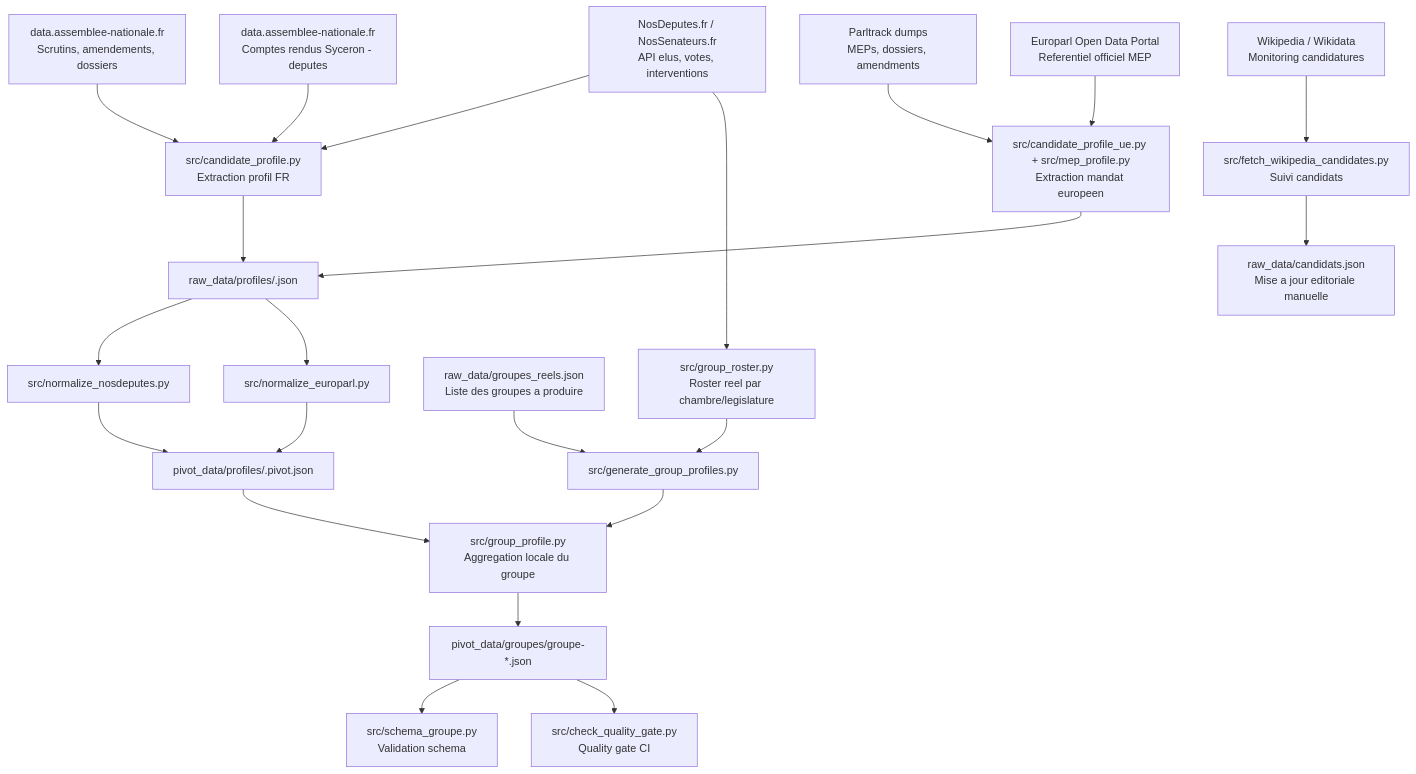
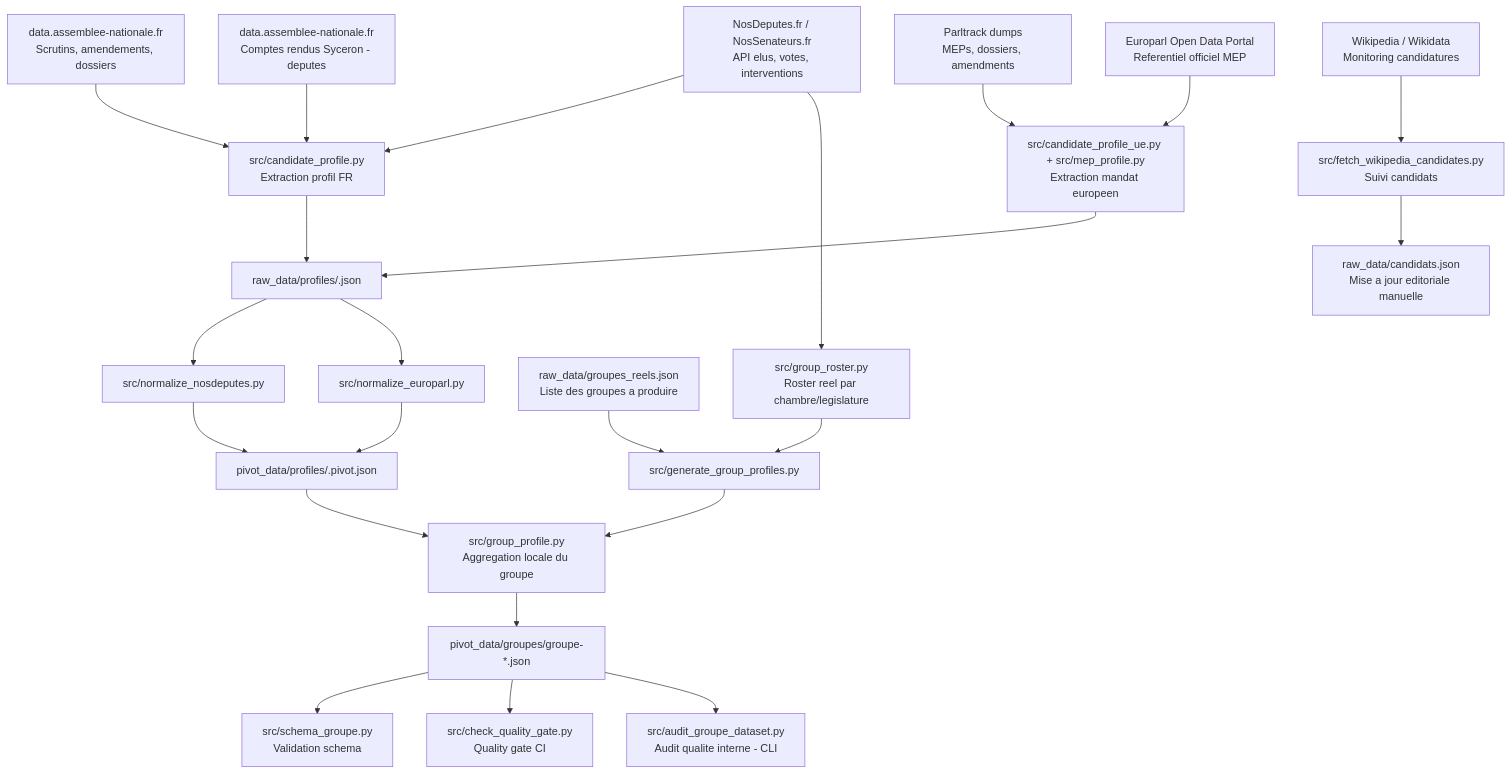
One commit to stephieED/Empreinte-politique-src changed the first of 2 diagrams in docs/pipeline-profiles-groupes.md. Above: the diagram before and after it, drawn with Mermaid. The commit also changed other lines of this file and 5 other files, not shown here.

First line of the commit message:
Add build_report(), Markdown rendering and CLI to audit_groupe_dataset.py

````diff
--- a/docs/pipeline-profiles-groupes.md
+++ b/docs/pipeline-profiles-groupes.md
@@ -10,47 +10,48 @@
 ```mermaid
 graph TD
     %% =========================
     %% SOURCES
     %% =========================
     S1[NosDeputes.fr / NosSenateurs.fr\nAPI elus, votes, interventions]
     S2[data.assemblee-nationale.fr\nScrutins, amendements, dossiers]
     S2b[data.assemblee-nationale.fr\nComptes rendus Syceron - deputes]
     S3[Parltrack dumps\nMEPs, dossiers, amendments]
     S4[Europarl Open Data Portal\nReferentiel officiel MEP]
     S5[Wikipedia / Wikidata\nMonitoring candidatures]
 
     %% =========================
     %% CONSTRUCTION PROFILS CANDIDATS
     %% =========================
     S1 --> C1[src/candidate_profile.py\nExtraction profil FR]
     S2 --> C1
     S2b --> C1
     S3 --> C2[src/candidate_profile_ue.py + src/mep_profile.py\nExtraction mandat europeen]
     S4 --> C2
     S5 --> C3[src/fetch_wikipedia_candidates.py\nSuivi candidats]
 
     C1 --> R1[raw_data/profiles/<slug>.json]
     C2 --> R1
     C3 --> R2[raw_data/candidats.json\nMise a jour editoriale manuelle]
 
     R1 --> N1[src/normalize_nosdeputes.py]
     R1 --> N2[src/normalize_europarl.py]
     N1 --> P1[pivot_data/profiles/<slug>.pivot.json]
     N2 --> P1
 
     %% =========================
     %% CONSTRUCTION PROFILS GROUPES
     %% =========================
     G0[raw_data/groupes_reels.json\nListe des groupes a produire] --> B1[src/generate_group_profiles.py]
     S1 --> B2[src/group_roster.py\nRoster reel par chambre/legislature]
     B2 --> B1
     P1 --> B3[src/group_profile.py\nAggregation locale du groupe]
     B1 --> B3
     B3 --> O1[pivot_data/groupes/groupe-*.json]
 
     %% =========================
     %% VALIDATION / QUALITE
     %% =========================
     O1 --> V1[src/schema_groupe.py\nValidation schema]
     O1 --> Q1[src/check_quality_gate.py\nQuality gate CI]
+    O1 --> A1[src/audit_groupe_dataset.py\nAudit qualite interne - CLI]
 ```
````
